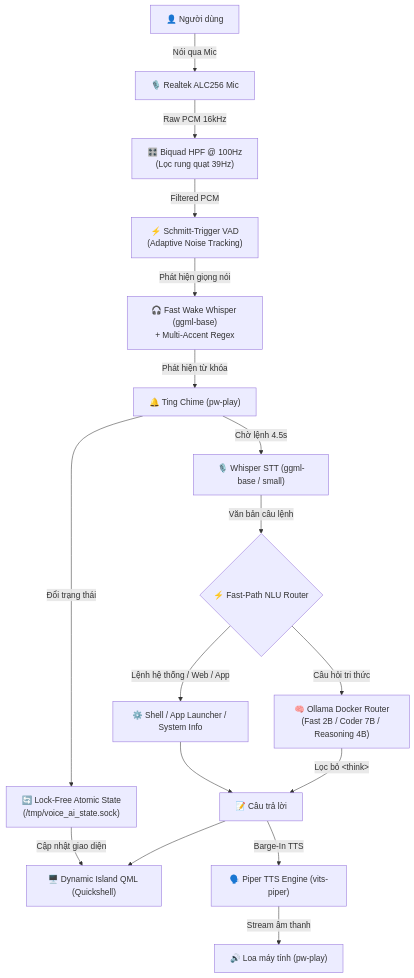
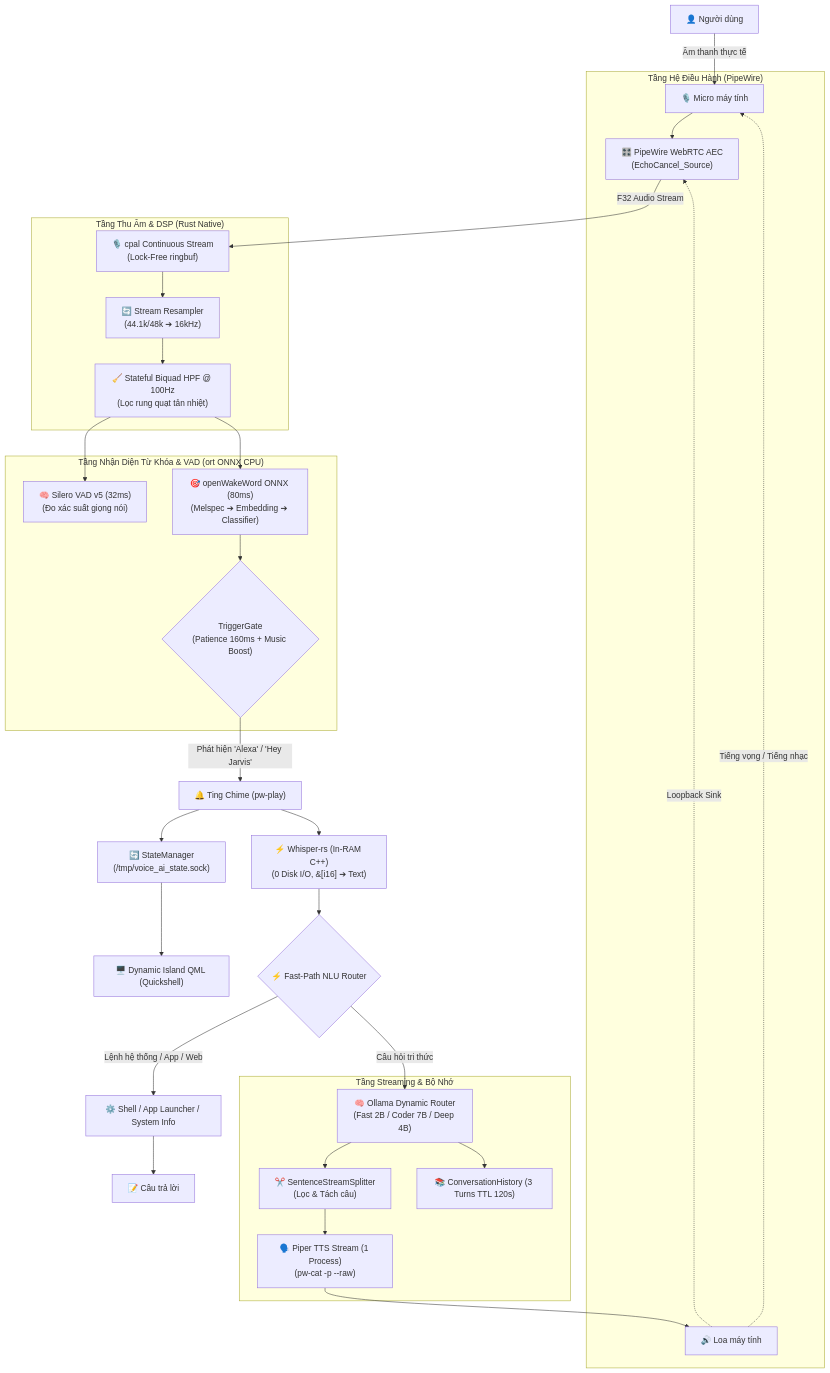
One commit to TuNgocCoder-zako/voiceAI_Rust changed the diagram in README.md. Above: the diagram before and after it, drawn with Mermaid. The commit also changed other lines of this file and 16 other files, not shown here.

Commit message:
feat(v3.0): hoàn thành Giai đoạn 3 - Kiến trúc đa mô-đun ai-assistant, tách optional gtk4, cập nhật ADR & README v3.0

````diff
--- a/README.md
+++ b/README.md
@@ -44,25 +41,41 @@
 ```mermaid
 flowchart TD
-    User["👤 Người dùng"] -->|Nói qua Mic| Mic["🎙️ Realtek ALC256 Mic"]
-    Mic -->|Raw PCM 16kHz| HPF["🎛️ Biquad HPF @ 100Hz\n(Lọc rung quạt 39Hz)"]
-    HPF -->|Filtered PCM| VAD["⚡ Schmitt-Trigger VAD\n(Adaptive Noise Tracking)"]
+    User["👤 Người dùng"] -->|Âm thanh thực tế| Mic["🎙️ Micro máy tính"]
+    Speaker["🔊 Loa máy tính"] -.->|Tiếng vọng / Tiếng nhạc| Mic
     
-    VAD -->|Phát hiện giọng nói| WW["🎧 Fast Wake Whisper (ggml-base)\n+ Multi-Accent Regex"]
+    subgraph AEC["Tầng Hệ Điều Hành (PipeWire)"]
+        Mic --> AEC_Filter["🎛️ PipeWire WebRTC AEC\n(EchoCancel_Source)"]
+        Speaker -.->|Loopback Sink| AEC_Filter
+    end
+
+    subgraph AudioEngine["Tầng Thu Âm & DSP (Rust Native)"]
+        AEC_Filter -->|F32 Audio Stream| CPAL["🎙️ cpal Continuous Stream\n(Lock-Free ringbuf)"]
+        CPAL --> Resample["🔄 Stream Resampler\n(44.1k/48k ➔ 16kHz)"]
+        Resample --> HPF["🧹 Stateful Biquad HPF @ 100Hz\n(Lọc rung quạt tản nhiệt)"]
+    end
+
+    subgraph WakeEngine["Tầng Nhận Diện Từ Khóa & VAD (ort ONNX CPU)"]
+        HPF --> VAD["🧠 Silero VAD v5 (32ms)\n(Đo xác suất giọng nói)"]
+        HPF --> OWW["🎯 openWakeWord ONNX (80ms)\n(Melspec ➔ Embedding ➔ Classifier)"]
+        OWW --> Gate{"TriggerGate\n(Patience 160ms + Music Boost)"}
+    end
+
+    Gate -->|Phát hiện 'Alexa' / 'Hey Jarvis'| Chime["🔔 Ting Chime (pw-play)"]
+    Chime --> State["🔄 StateManager\n(/tmp/voice_ai_state.sock)"]
+    State --> UI["🖥️ Dynamic Island QML (Quickshell)"]
+
+    Chime --> STT["⚡ Whisper-rs (In-RAM C++)\n(0 Disk I/O, &[i16] ➔ Text)"]
+    STT --> NLU{"⚡ Fast-Path NLU Router"}
+
+    NLU -->|Lệnh hệ thống / App / Web| Sys["⚙️ Shell / App Launcher / System Info"]
+    NLU -->|Câu hỏi tri thức| Ollama["🧠 Ollama Dynamic Router\n(Fast 2B / Coder 7B / Deep 4B)"]
     
-    WW -->|Phát hiện từ khóa| Chime["🔔 Ting Chime (pw-play)"]
-    Chime -->|Đổi trạng thái| State["🔄 Lock-Free Atomic State\n(/tmp/voice_ai_state.sock)"]
-    State -->|Cập nhật giao diện| UI["🖥️ Dynamic Island QML (Quickshell)"]
-    
-    Chime -->|Chờ lệnh 4.5s| SttQuery["🎙️ Whisper STT (ggml-base / small)"]
-    SttQuery -->|Văn bản câu lệnh| NLU{"⚡ Fast-Path NLU Router"}
-    
-    NLU -->|Lệnh hệ thống / Web / App| Sys["⚙️ Shell / App Launcher / System Info"]
-    NLU -->|Câu hỏi tri thức| Ollama["🧠 Ollama Docker Router\n(Fast 2B / Coder 7B / Reasoning 4B)"]
-    
+    subgraph StreamTTS["Tầng Streaming & Bộ Nhớ"]
+        Ollama --> Splitter["✂️ SentenceStreamSplitter\n(Lọc <think> & Tách câu)"]
+        Splitter --> Piper["🗣️ Piper TTS Stream (1 Process)\n(pw-cat -p --raw)"]
+        Ollama --> Hist["📚 ConversationHistory (3 Turns TTL 120s)"]
+    end
+
     Sys --> Reply["📝 Câu trả lời"]
-    Ollama -->|Lọc bỏ &lt;think&gt;| Reply
-    
-    Reply --> UI
-    Reply -->|Barge-In TTS| Piper["🗣️ Piper TTS Engine (vits-piper)"]
-    Piper -->|Stream âm thanh| Speaker["🔊 Loa máy tính (pw-play)"]
+    Piper --> Speaker
 ```
````
